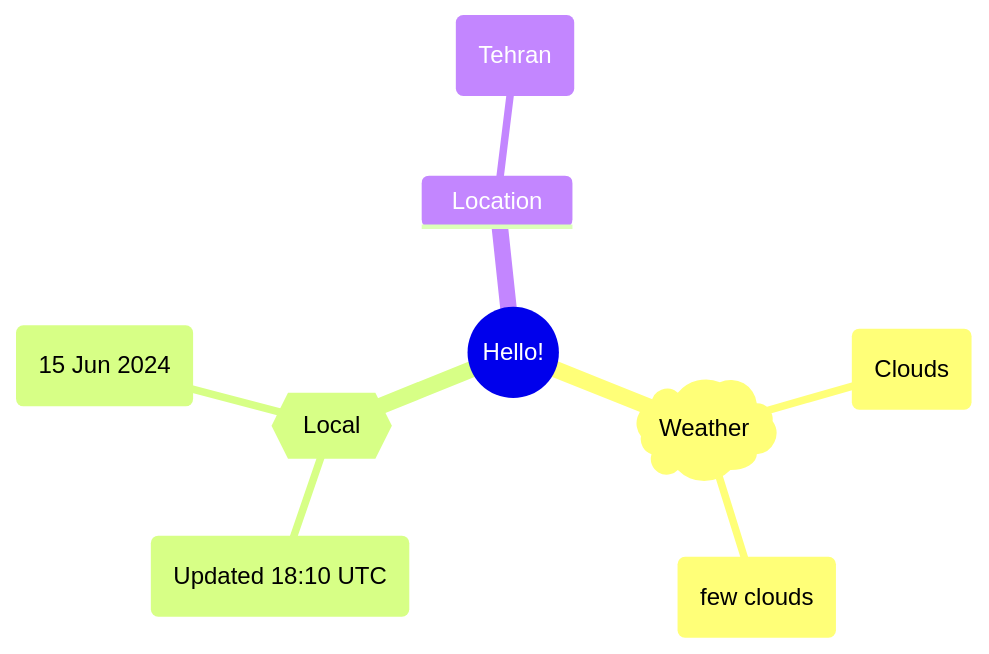
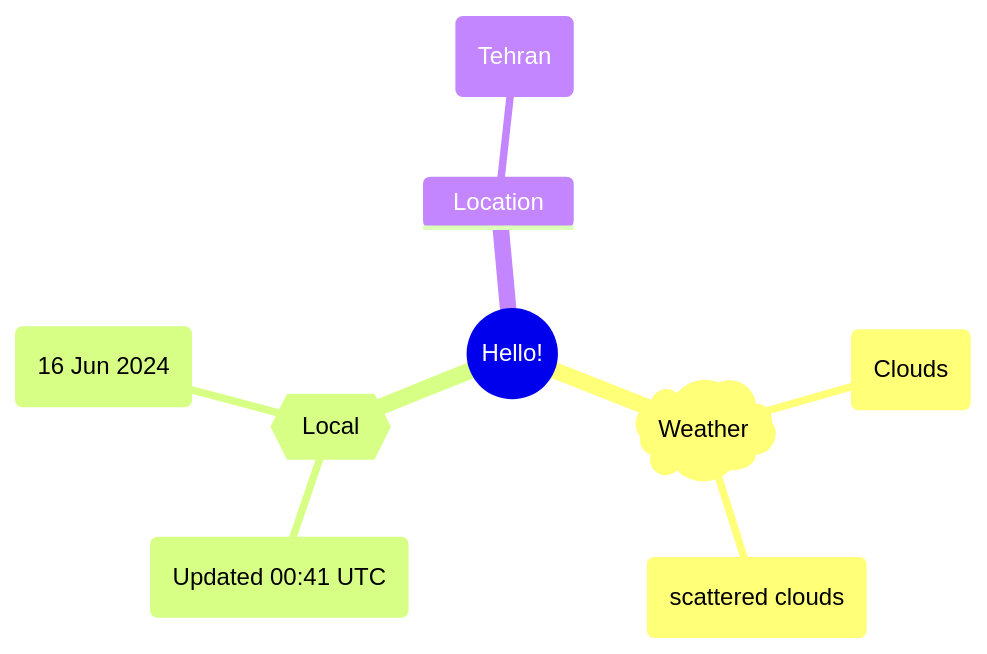
Before and after one commit to Xosrov/Xosrov: the first of 2 diagrams in README.md, drawn with Mermaid.

Commit message:
[bot] updated images

````diff
--- a/README.md
+++ b/README.md
@@ -3,12 +3,12 @@
 ```mermaid
 mindmap
   root((Hello!))
     )Weather(
         (Clouds)
-        (few clouds)
+        (scattered clouds)
     {{Local}}
-        (Updated 18:10 UTC)
-        (15 Jun 2024)
+        (Updated 00:41 UTC)
+        (16 Jun 2024)
     Location
         (Tehran)
 ```
````
